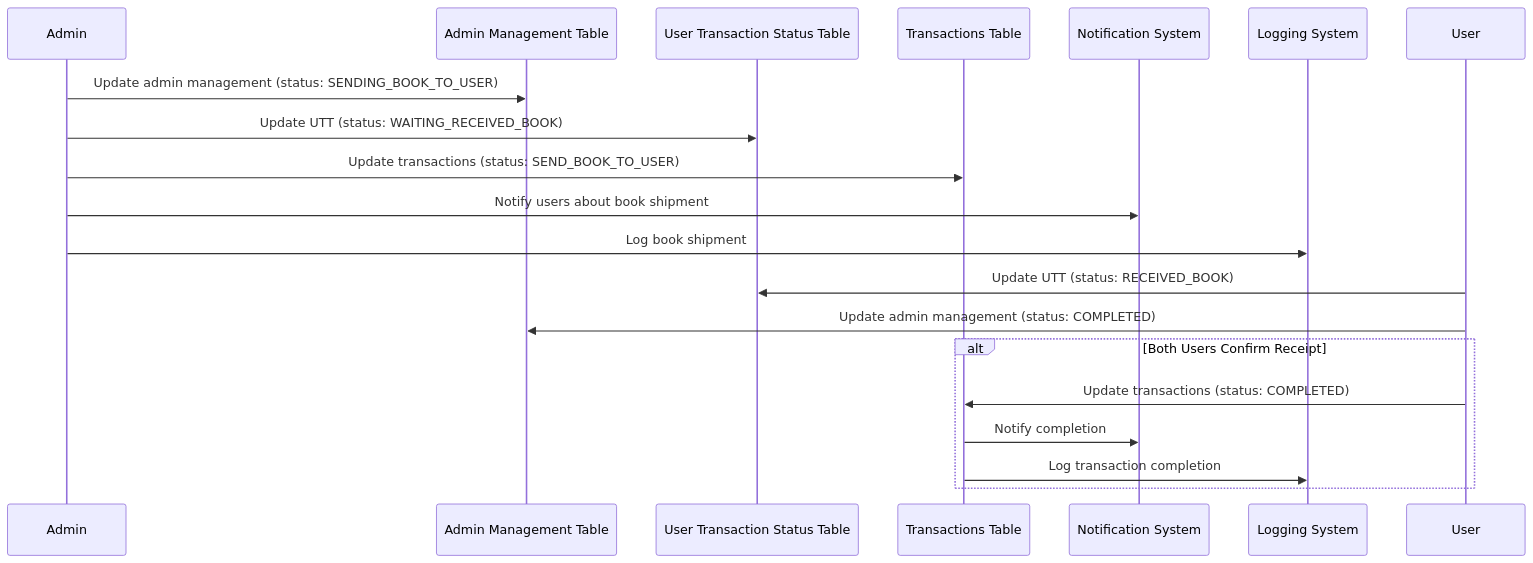
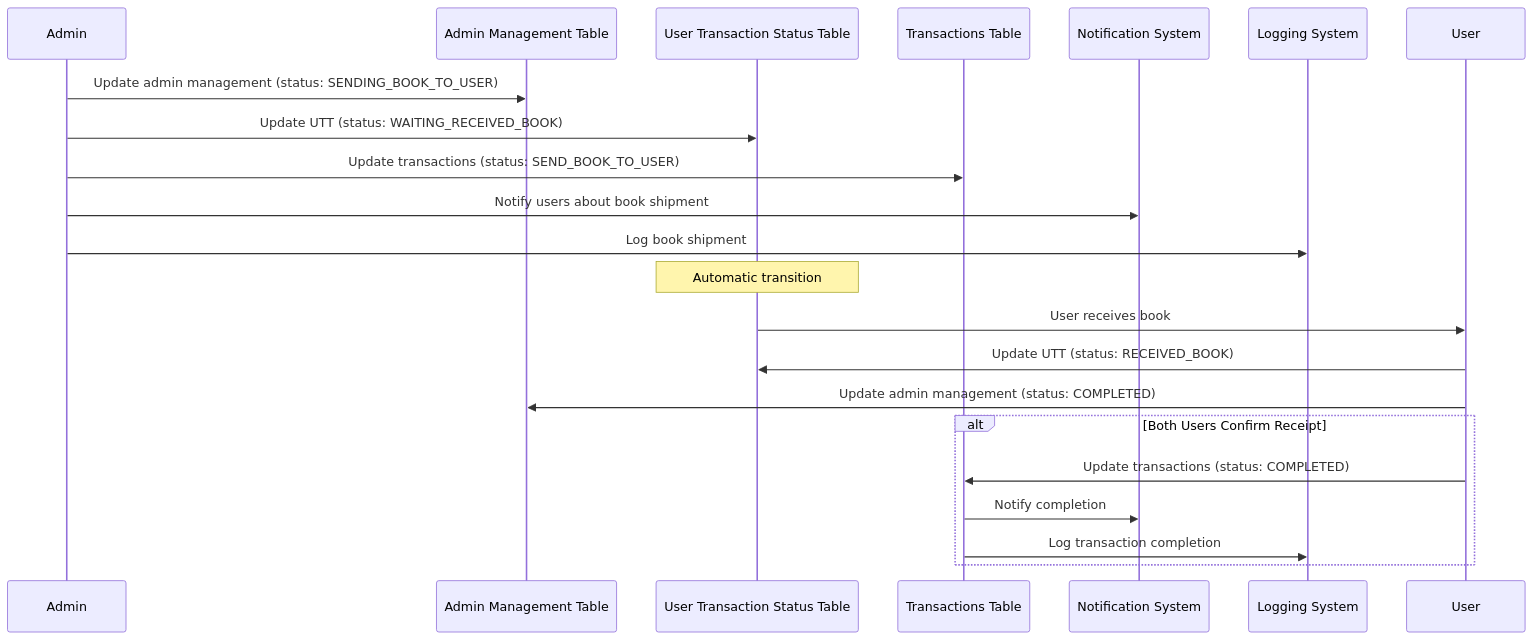
One commit to Loknong/book-exchange changed diagram 11 of 12 in documents/Exchange.flow.md. Above: the diagram before and after it, drawn with Mermaid. The commit also changed other lines of this file, not shown here.

````diff
--- a/documents/Exchange.flow.md
+++ b/documents/Exchange.flow.md
@@ -274,25 +312,27 @@
 ```mermaid
 sequenceDiagram
     participant Admin
     participant AdminManagementTable as Admin Management Table
     participant UserTransactionStatusTable as User Transaction Status Table
     participant TransactionsTable as Transactions Table
     participant NotificationSystem as Notification System
     participant LoggingSystem as Logging System
     participant User
 
     Admin->>AdminManagementTable: Update admin management (status: SENDING_BOOK_TO_USER)
     Admin->>UserTransactionStatusTable: Update UTT (status: WAITING_RECEIVED_BOOK)
     Admin->>TransactionsTable: Update transactions (status: SEND_BOOK_TO_USER)
     Admin->>NotificationSystem: Notify users about book shipment
     Admin->>LoggingSystem: Log book shipment
 
+    note over UserTransactionStatusTable: Automatic transition
+    UserTransactionStatusTable->>User: User receives book
     User->>UserTransactionStatusTable: Update UTT (status: RECEIVED_BOOK)
     User->>AdminManagementTable: Update admin management (status: COMPLETED)
 
     alt Both Users Confirm Receipt
         User->>TransactionsTable: Update transactions (status: COMPLETED)
         TransactionsTable->>NotificationSystem: Notify completion
         TransactionsTable->>LoggingSystem: Log transaction completion
     end
 ```
````
